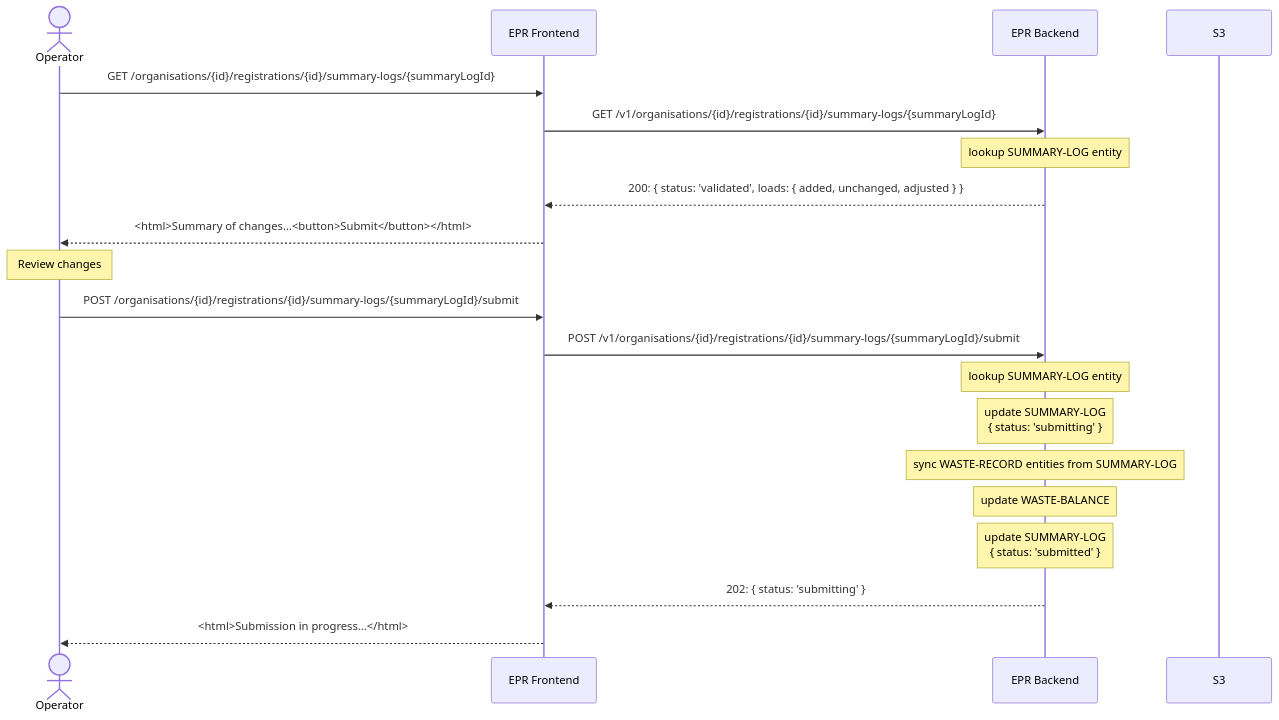
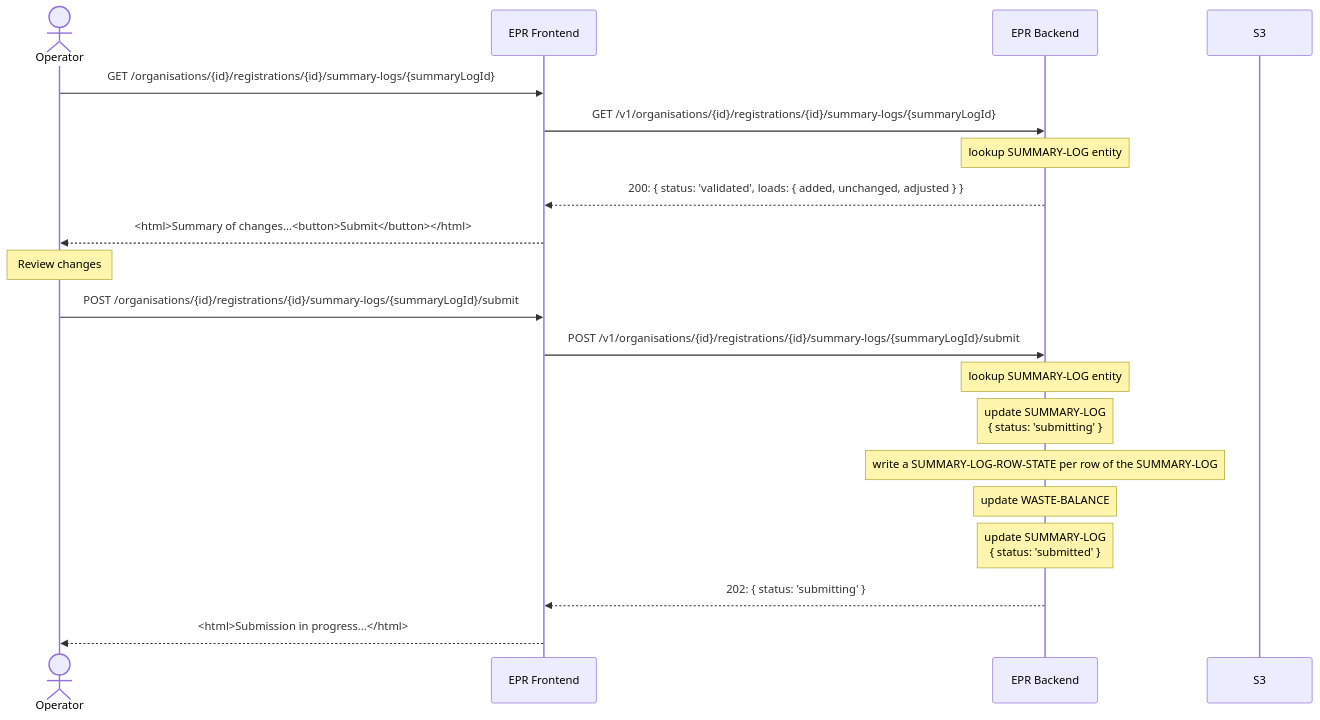
The sixth of 6 diagrams in docs/architecture/defined/pepr-lld.md (DEFRA/epr-re-ex-service), drawn with Mermaid before and after one commit. The commit also changed other lines of this file and 3 other files, not shown here.

Commit message:
PAE-1779: Correct the waste record persistence claims in the defined architecture docs (#405)

````diff
--- a/docs/architecture/defined/pepr-lld.md
+++ b/docs/architecture/defined/pepr-lld.md
@@ -826,26 +771,26 @@
 ```mermaid
 sequenceDiagram
   actor Op as Operator
   participant Frontend as EPR Frontend
   participant Backend as EPR Backend
   participant S3
 
 
   Op->>Frontend: GET /organisations/{id}/registrations/{id}/summary-logs/{summaryLogId}
   Frontend->>Backend: GET /v1/organisations/{id}/registrations/{id}/summary-logs/{summaryLogId}
   Note over Backend: lookup SUMMARY-LOG entity
   Backend-->>Frontend: 200: { status: 'validated', loads: { added, unchanged, adjusted } }
   Frontend-->>Op: <html>Summary of changes...<button>Submit</button></html>
 
   Note over Op: Review changes
 
   Op->>Frontend: POST /organisations/{id}/registrations/{id}/summary-logs/{summaryLogId}/submit
   Frontend->>Backend: POST /v1/organisations/{id}/registrations/{id}/summary-logs/{summaryLogId}/submit
   Note over Backend: lookup SUMMARY-LOG entity
   Note over Backend: update SUMMARY-LOG<br>{ status: 'submitting' }
-  Note over Backend: sync WASTE-RECORD entities from SUMMARY-LOG
+  Note over Backend: write a SUMMARY-LOG-ROW-STATE per row of the SUMMARY-LOG
   Note over Backend: update WASTE-BALANCE
   Note over Backend: update SUMMARY-LOG<br>{ status: 'submitted' }
   Backend-->>Frontend: 202: { status: 'submitting' }
   Frontend-->>Op: <html>Submission in progress...</html>
 ```
````
